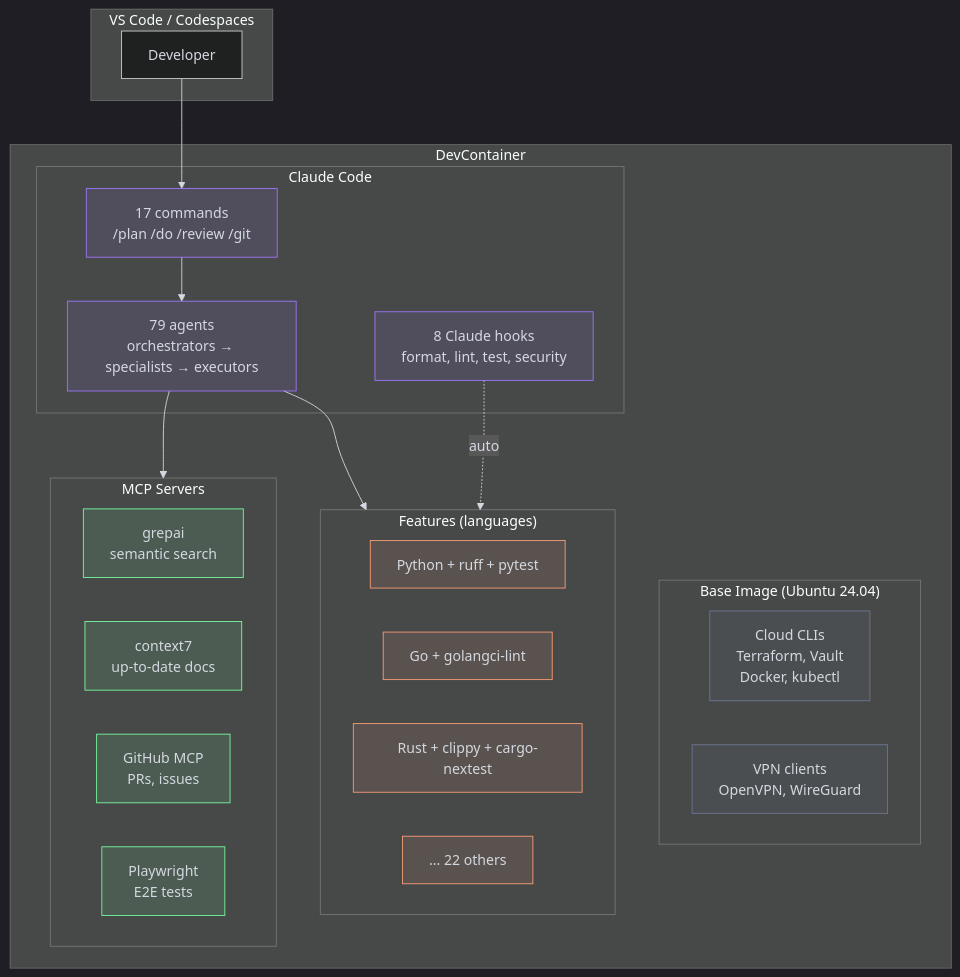
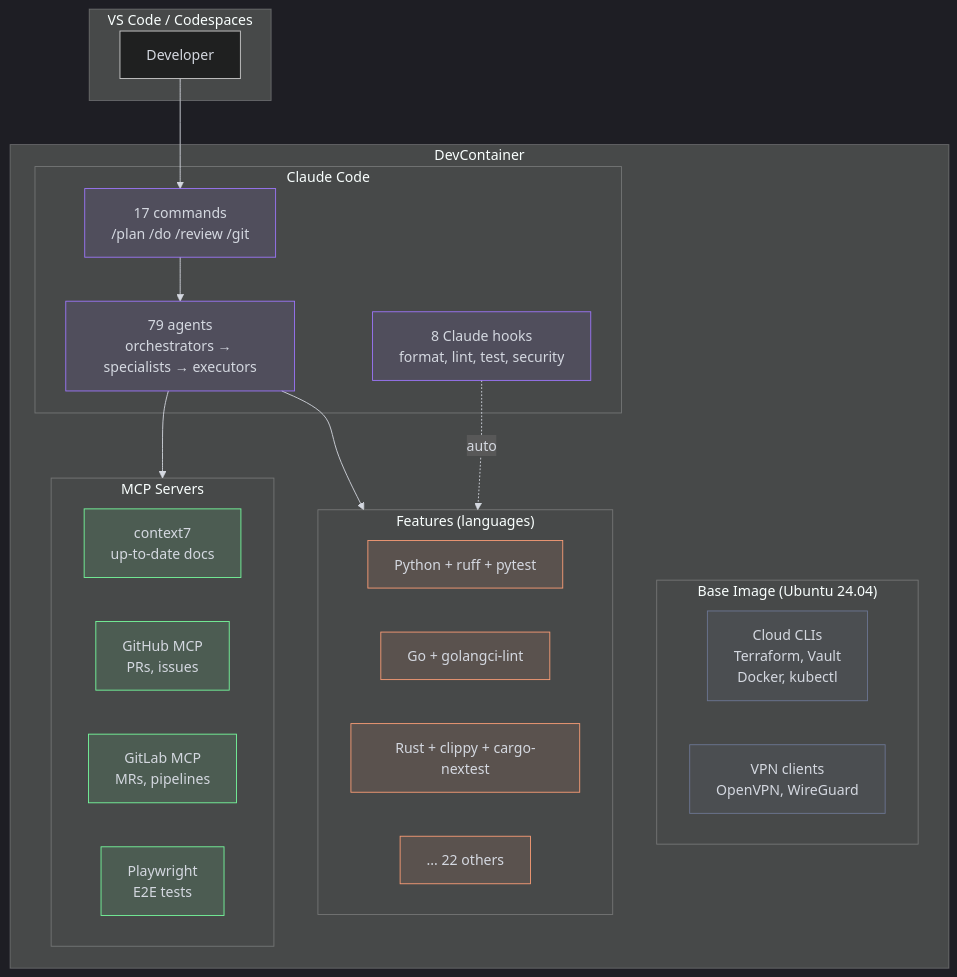
One commit to kodflow/devcontainer-template changed the first of 2 diagrams in docs/architecture/README.md. Above: the diagram before and after it, drawn with Mermaid. The commit also changed other lines of this file and 141 other files, not shown here.

````diff
--- a/docs/architecture/README.md
+++ b/docs/architecture/README.md
@@ -7,62 +7,62 @@
 ```mermaid
 %%{init: {'theme': 'dark', 'themeVariables': {
   'primaryColor': '#9D76FB1a',
   'primaryBorderColor': '#9D76FB',
   'primaryTextColor': '#d4d8e0',
   'lineColor': '#d4d8e0',
   'textColor': '#d4d8e0',
   'secondaryColor': '#76FB9D1a',
   'secondaryBorderColor': '#76FB9D',
   'secondaryTextColor': '#d4d8e0',
   'tertiaryColor': '#FB9D761a',
   'tertiaryBorderColor': '#FB9D76',
   'tertiaryTextColor': '#d4d8e0'
 }}}%%
 flowchart TB
     subgraph IDE["VS Code / Codespaces"]
         U[Developer]
     end
 
     subgraph DC["DevContainer"]
         subgraph BASE["Base Image (Ubuntu 24.04)"]
             TOOLS[Cloud CLIs<br/>Terraform, Vault<br/>Docker, kubectl]
             NET[VPN clients<br/>OpenVPN, WireGuard]
         end
 
         subgraph FEAT["Features (languages)"]
             L1[Python + ruff + pytest]
             L2[Go + golangci-lint]
             L3[Rust + clippy + cargo-nextest]
             LN[... 22 others]
         end
 
         subgraph CLAUDE["Claude Code"]
             CMD[17 commands<br/>/plan /do /review /git]
             AGT[79 agents<br/>orchestrators → specialists → executors]
             HK[8 Claude hooks<br/>format, lint, test, security]
         end
 
         subgraph MCP["MCP Servers"]
-            G[grepai<br/>semantic search]
             C7[context7<br/>up-to-date docs]
             GH[GitHub MCP<br/>PRs, issues]
+            GL[GitLab MCP<br/>MRs, pipelines]
             PW[Playwright<br/>E2E tests]
         end
     end
 
     U --> CMD
     CMD --> AGT
     AGT --> MCP
     HK -.->|auto| FEAT
     AGT --> FEAT
 
     classDef primary fill:#9D76FB1a,stroke:#9D76FB,color:#d4d8e0
     classDef data fill:#76FB9D1a,stroke:#76FB9D,color:#d4d8e0
     classDef async fill:#FB9D761a,stroke:#FB9D76,color:#d4d8e0
     classDef external fill:#6c76931a,stroke:#6c7693,color:#d4d8e0
 
     class CMD,AGT,HK primary
-    class G,C7,GH,PW data
+    class C7,GH,GL,PW data
     class L1,L2,L3,LN async
     class TOOLS,NET external
 ```
````
